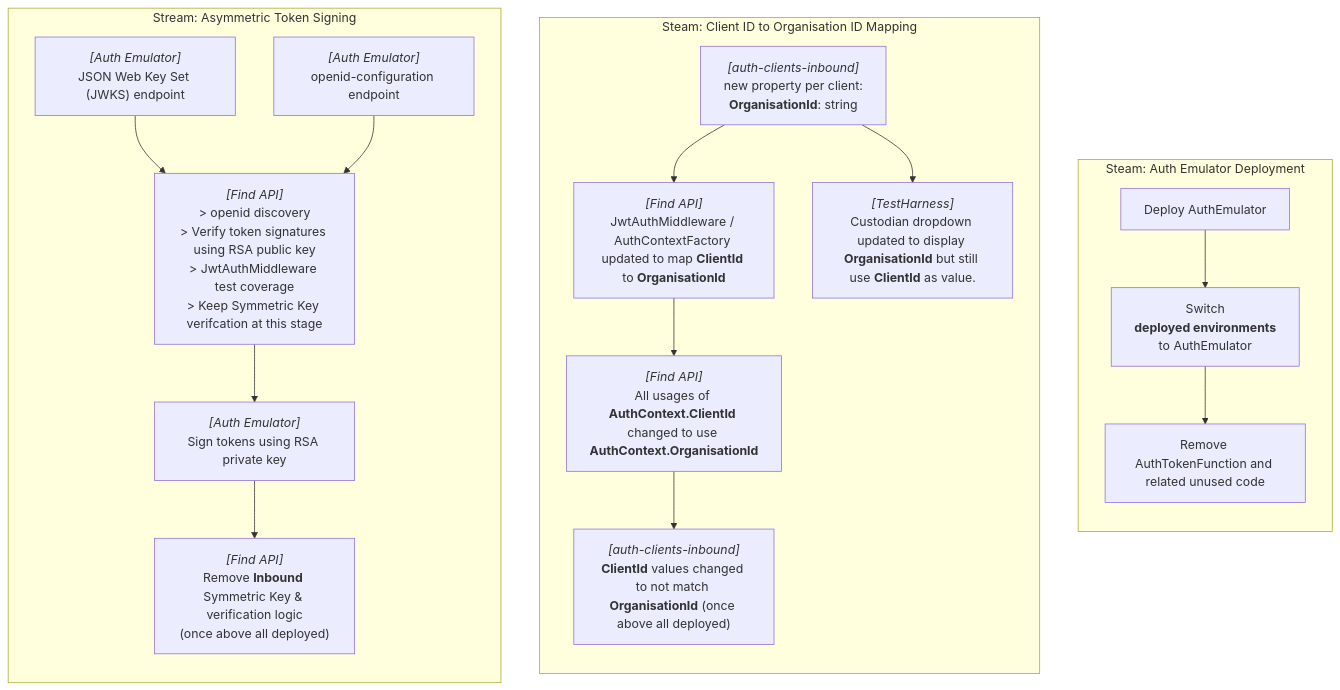
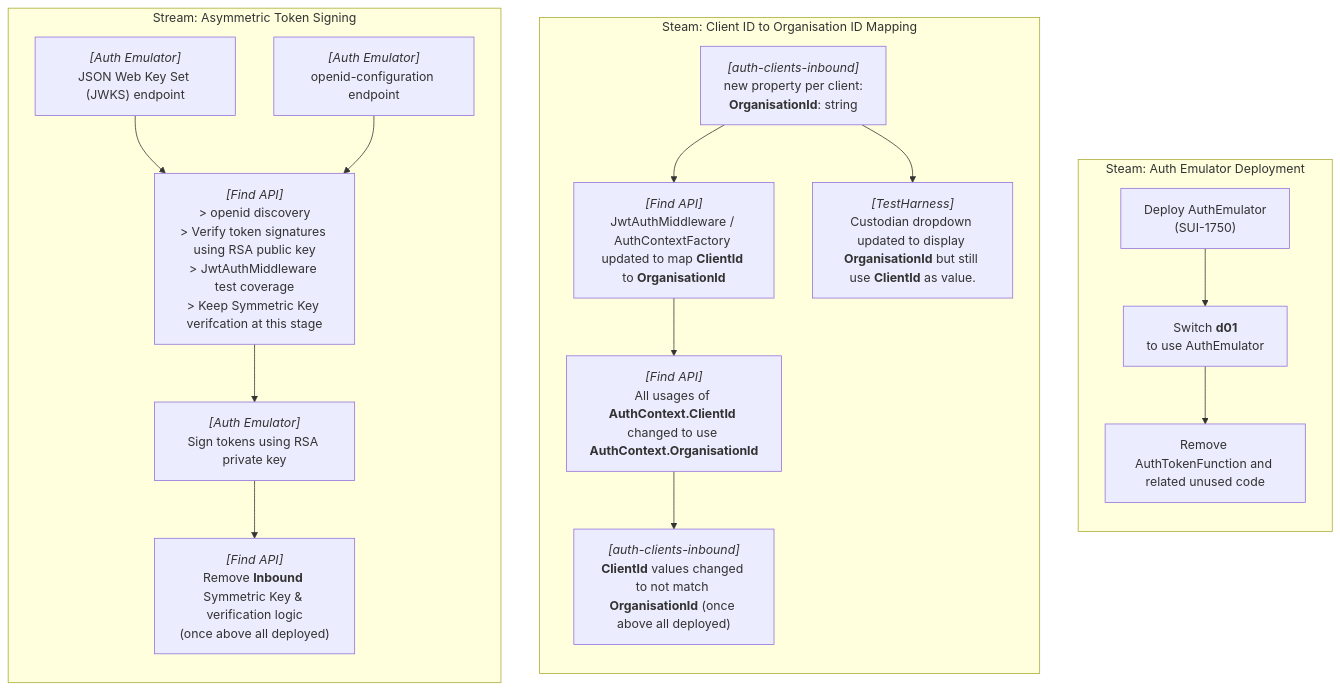
The third of 3 diagrams in Docs/Design/Authentication/GenericAuthModel.md (DFE-Digital/single-unique-identifier), drawn with Mermaid before and after one commit. The commit also changed other lines of this file, not shown here.

Commit message:
docs(AuthEvolution): SUI-1607 - Updates, ready for ticket creation

````diff
--- a/Docs/Design/Authentication/GenericAuthModel.md
+++ b/Docs/Design/Authentication/GenericAuthModel.md
@@ -163,74 +170,74 @@
 ```mermaid
 flowchart
     subgraph DeployAuthEmulator ["Steam: Auth Emulator Deployment"]
         direction TB
 
-        deployAuthEmulator["Deploy AuthEmulator"]
+        deployAuthEmulator["`Deploy AuthEmulator
+            (SUI-1750)`"]
 
-        %% rs-todo: Create ticket for switching d01 and d02 across to using the new Auth Emulator
-        authEmulatorSwitchB["`Switch
-            **deployed environments**
-            to AuthEmulator`"]
+        %% rs-todo: Create ticket for switching d01 across to using the new Auth Emulator (d02 we'll do in a batch at a later date)
+        authEmulatorSwitchD01["`Switch **d01**
+            to use AuthEmulator`"]
 
         removeAuthTokenFunction["Remove AuthTokenFunction and related unused code"]
 
-        deployAuthEmulator --> authEmulatorSwitchB --> removeAuthTokenFunction
+        deployAuthEmulator --> authEmulatorSwitchD01 --> removeAuthTokenFunction
     end
 
     subgraph StreamClientIDs ["Steam: Client ID to Organisation ID Mapping"]
         direction TB
 
         newProp["`_[auth-clients-inbound]_
             new property per client:
             **OrganisationId**: string`"]
 
         mapNewProp["`_[Find API]_
             JwtAuthMiddleware / AuthContextFactory updated to map **ClientId** to **OrganisationId**`"]
 
         useNewProp["`_[Find API]_
             All usages of **AuthContext.ClientId** changed to use **AuthContext.OrganisationId**`"]
 
         updateTestHarness["`_[TestHarness]_
             Custodian dropdown updated to display **OrganisationId** but still use **ClientId** as value.`"]
 
         updateClientIdValues["`_[auth-clients-inbound]_
             **ClientId** values changed to not match **OrganisationId** (once above all deployed)`"]
 
         newProp --> mapNewProp --> useNewProp--> updateClientIdValues
 
         newProp --> updateTestHarness
     end
 
     subgraph StreamAsymmetric ["Stream: Asymmetric Token Signing"]
         direction TB
 
         %% rs-todo: Create ticket inc: returns the JSON Web Key Set (JWKS) of all the current keys; Should return the public key only!; Keys should rotate over time
         JWKSEndpoint["`_[Auth Emulator]_
             JSON Web Key Set (JWKS) endpoint`"]
 
         %% rs-todo: Create ticket: inc: As a minimum, should return all of the required values as specified in: https://openid.net/specs/openid-connect-discovery-1_0.html#ProviderConfig
         OIDCConfigEndpoint["`_[Auth Emulator]_
             openid-configuration endpoint`"]
 
         RSAVerify["`_[Find API]_
             > openid discovery
             > Verify token signatures using RSA public key
             > JwtAuthMiddleware test coverage
             > Keep Symmetric Key verifcation at this stage`"]
 
         %% rs-todo: Create ticket including details about using RSA AsymmetricSecurityKey
         SignWithRSA["`_[Auth Emulator]_
             Sign tokens using RSA private key`"]
 
         %% rs-todo: Create ticket including auth-clients-inbound issuer, audience and defaultTokenLifetimeMinutes should be moved to Auth Emulator
         RemoveInboundSymmetricKey["`_[Find API]_
             Remove **Inbound** Symmetric Key & verification logic
             (once above all deployed)`"]
 
         JWKSEndpoint --> RSAVerify
 
         OIDCConfigEndpoint --> RSAVerify
 
         RSAVerify --> SignWithRSA --> RemoveInboundSymmetricKey
     end
 ```
````
